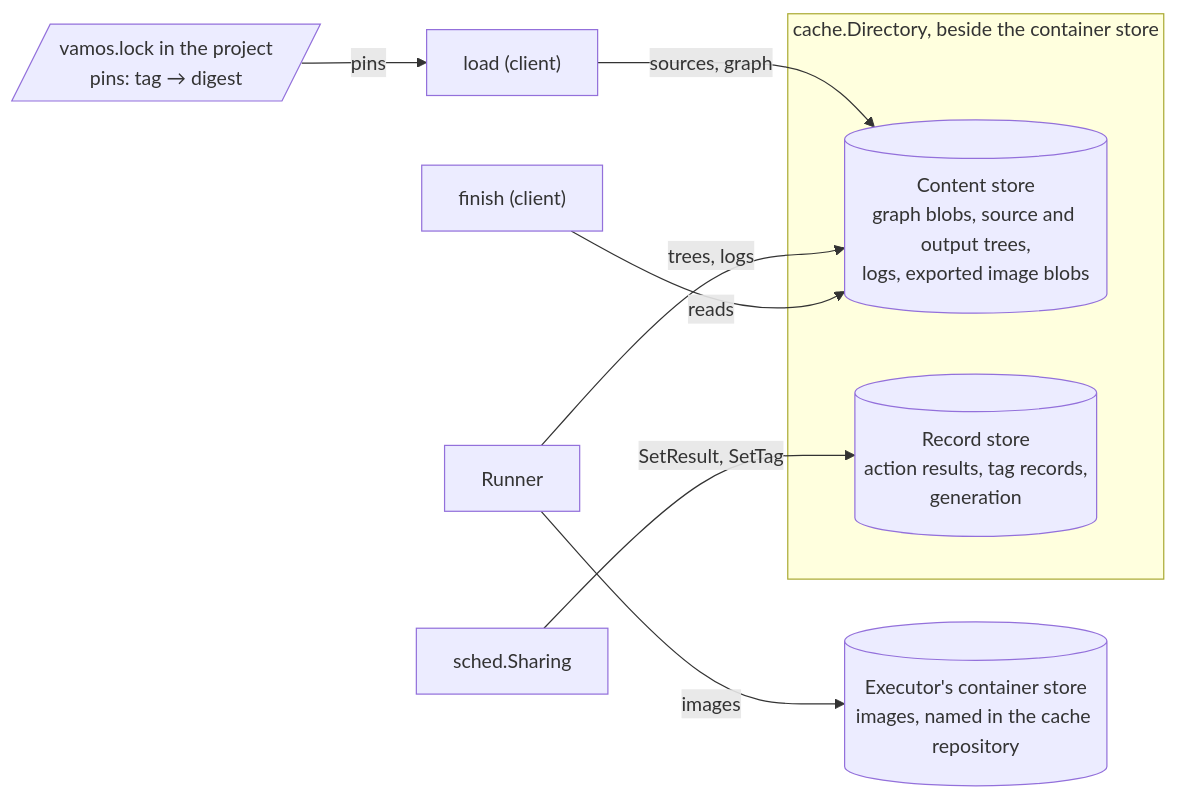
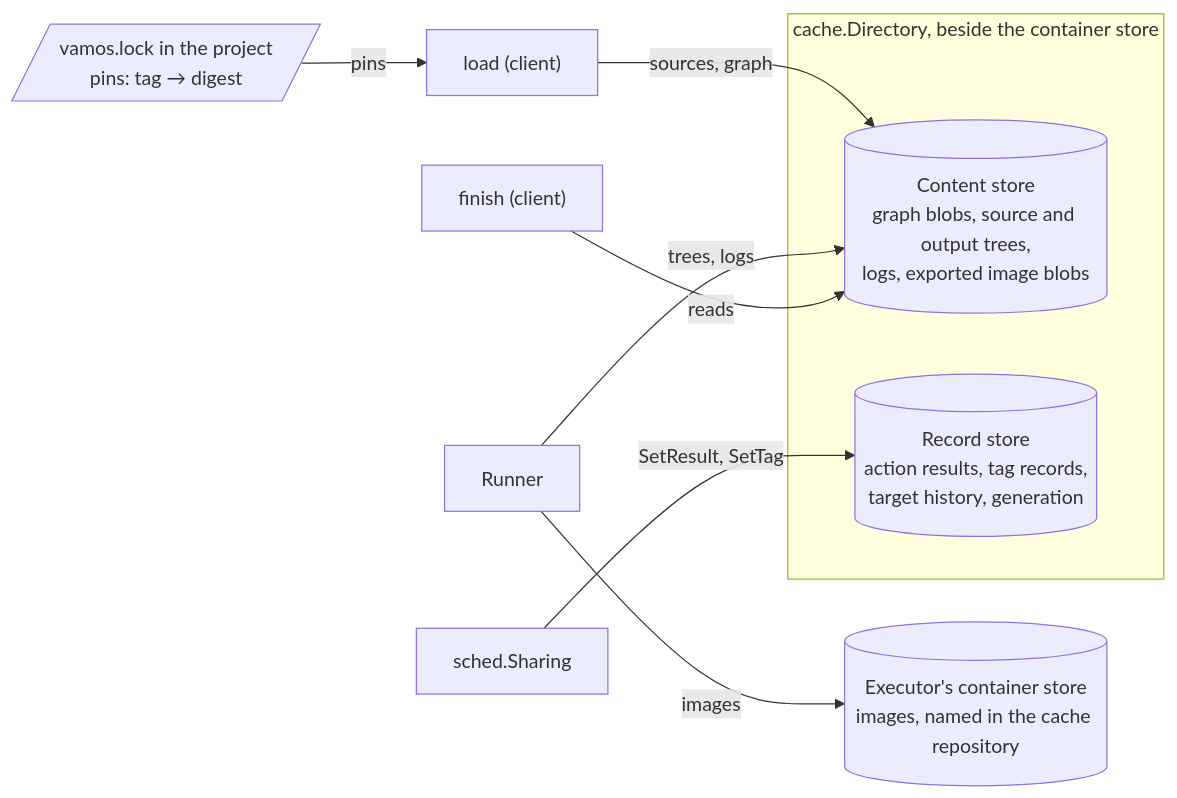
The first of 6 diagrams in docs/design/storage.md (vamos-build/vamos), drawn with Mermaid before and after one commit. The commit also changed other lines of this file and 109 other files, not shown here.

First line of the commit message:
Store every build's trace, and say why each target missed (#13)

````diff
--- a/docs/design/storage.md
+++ b/docs/design/storage.md
@@ -13,16 +13,16 @@
 ```mermaid
 flowchart LR
     subgraph cachepkg["cache.Directory, beside the container store"]
         content[("Content store<br/>graph blobs, source and output trees,<br/>logs, exported image blobs")]
-        records[("Record store<br/>action results, tag records,<br/>generation")]
+        records[("Record store<br/>action results, tag records,<br/>target history, generation")]
     end
     cstore[("Executor's container store<br/>images, named in the cache repository")]
     lock[/"vamos.lock in the project<br/>pins: tag → digest"/]
 
     load["load (client)"] -- "sources, graph" --> content
     lock -- "pins" --> load
     sched["sched.Sharing"] -- "SetResult, SetTag" --> records
     runner["Runner"] -- "trees, logs" --> content
     runner -- "images" --> cstore
     finish["finish (client)"] -- "reads" --> content
 ```
````
